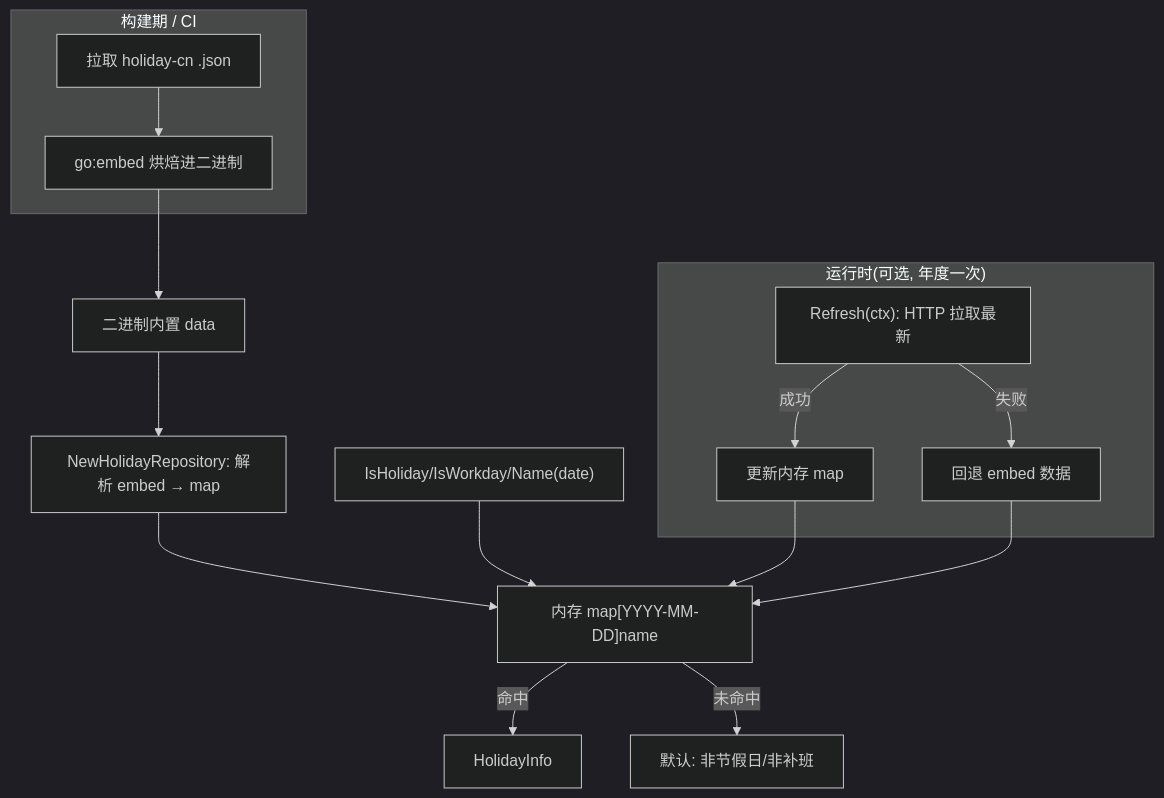
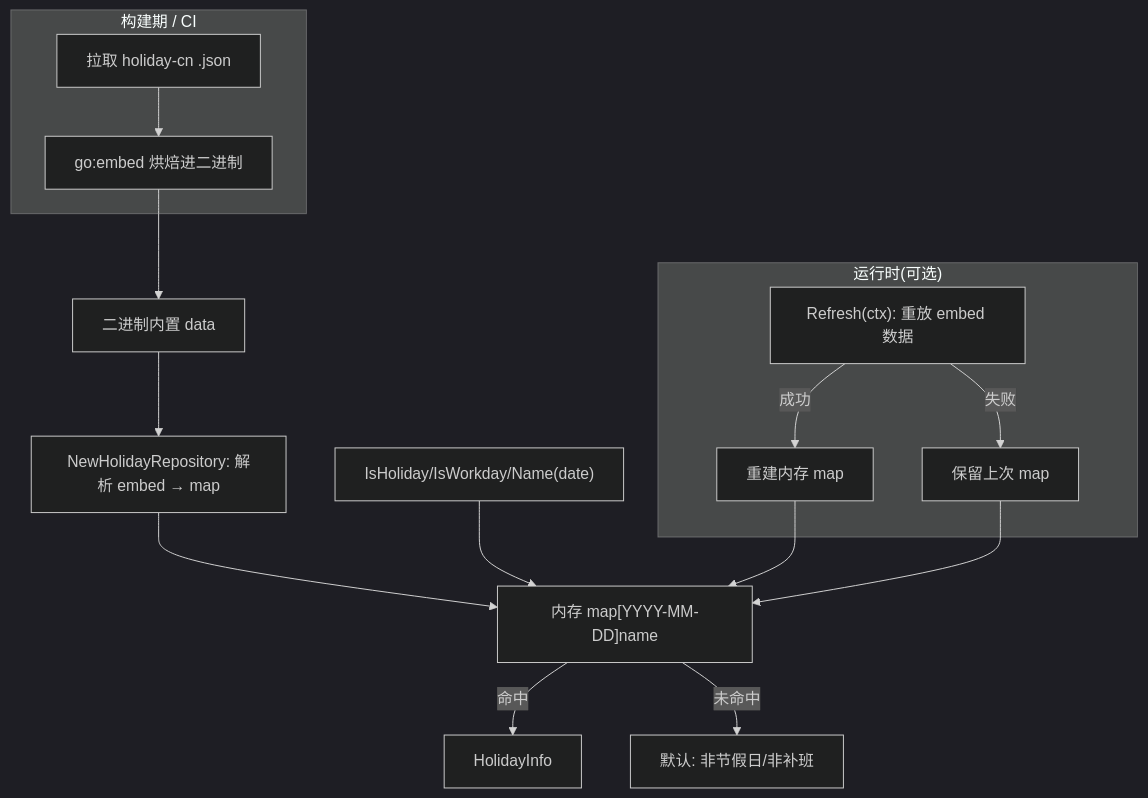
One commit to shaolei/DeskCalendar changed the second of 4 diagrams in docs/50-Calendar/Holiday.md. Above: the diagram before and after it, drawn with Mermaid (dark theme). The commit also changed other lines of this file and 7 other files, not shown here.

````diff
--- a/docs/50-Calendar/Holiday.md
+++ b/docs/50-Calendar/Holiday.md
@@ -58,19 +59,19 @@
 ```mermaid
 flowchart TB
     subgraph BUILD["构建期 / CI"]
         FETCH["拉取 holiday-cn <year>.json"] --> BAKE["go:embed 烘焙进二进制"]
     end
     BAKE --> BIN["二进制内置 data"]
     BIN --> LOAD["NewHolidayRepository: 解析 embed → map"]
     LOAD --> MEM["内存 map[YYYY-MM-DD]name"]
     Q["IsHoliday/IsWorkday/Name(date)"] --> MEM
     MEM -->|命中| R["HolidayInfo"]
     MEM -->|未命中| DEF["默认: 非节假日/非补班"]
 
-    subgraph RUNTIME["运行时(可选, 年度一次)"]
-        REF["Refresh(ctx): HTTP 拉取最新"] -->|成功| UPDATE["更新内存 map"]
-        REF -->|失败| FALL["回退 embed 数据"]
+    subgraph RUNTIME["运行时(可选)"]
+        REF["Refresh(ctx): 重放 embed 数据"] -->|成功| UPDATE["重建内存 map"]
+        REF -->|失败| FALL["保留上次 map"]
     end
     UPDATE --> MEM
     FALL --> MEM
 ```
````
